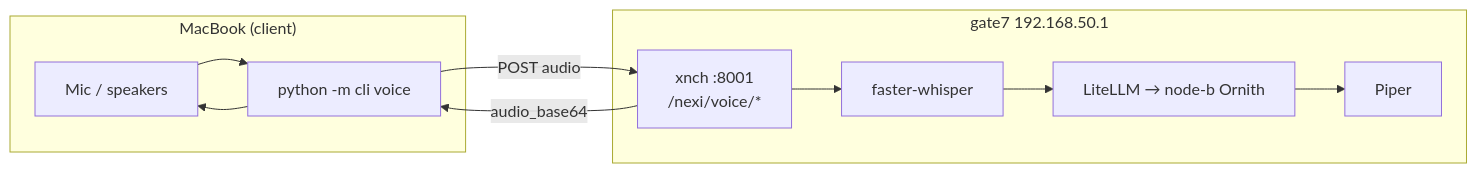
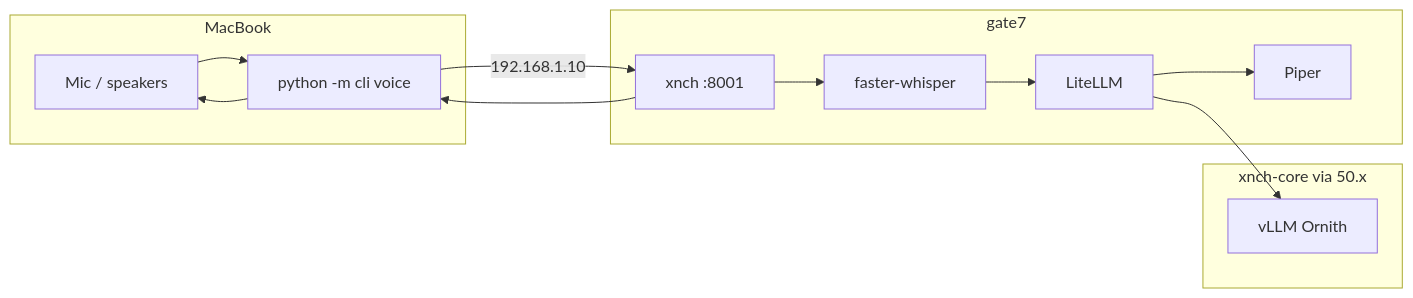
The second of 2 diagrams in docs/guides/nexi-voice-mac-client.md (x-nch/xnchSystems), drawn with Mermaid before and after one commit. The commit also changed other lines of this file and 2 other files, not shown here.

First line of the commit message:
docs(voice): clarify home LAN vs 192.168.50.x node link for Mac client.

````diff
--- a/docs/guides/nexi-voice-mac-client.md
+++ b/docs/guides/nexi-voice-mac-client.md
@@ -7,17 +45,21 @@
 ```mermaid
 flowchart LR
-    subgraph Mac["MacBook (client)"]
+    subgraph Mac["MacBook"]
         MIC[Mic / speakers]
         CLI["python -m cli voice"]
     end
-    subgraph Gate7["gate7 192.168.50.1"]
-        API["xnch :8001<br/>/nexi/voice/*"]
+    subgraph Gate7["gate7"]
+        API["xnch :8001"]
         STT[faster-whisper]
         TTS[Piper]
-        LLM[LiteLLM → node-b Ornith]
+        LLM[LiteLLM]
+    end
+    subgraph Core["xnch-core via 50.x"]
+        VLLM[vLLM Ornith]
     end
     MIC --> CLI
-    CLI -->|"POST audio"| API
+    CLI -->|"192.168.1.10"| API
     API --> STT --> LLM --> TTS
-    API -->|"audio_base64"| CLI --> MIC
+    LLM --> VLLM
+    API --> CLI --> MIC
 ```
````
